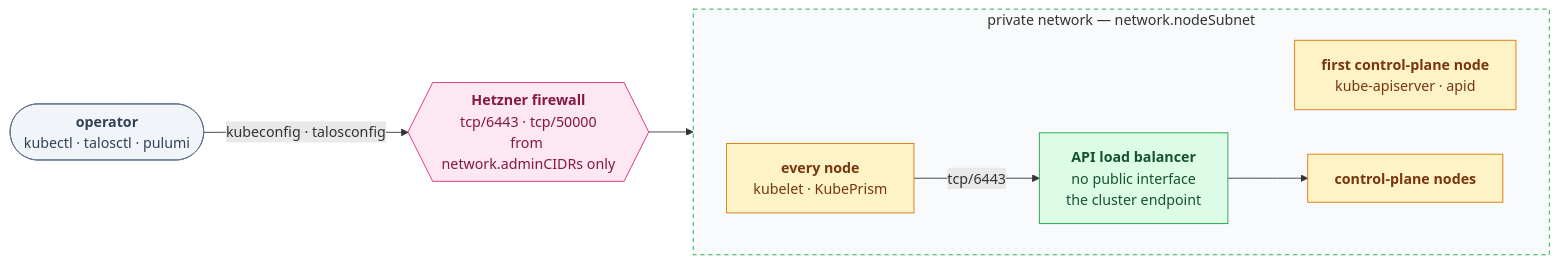
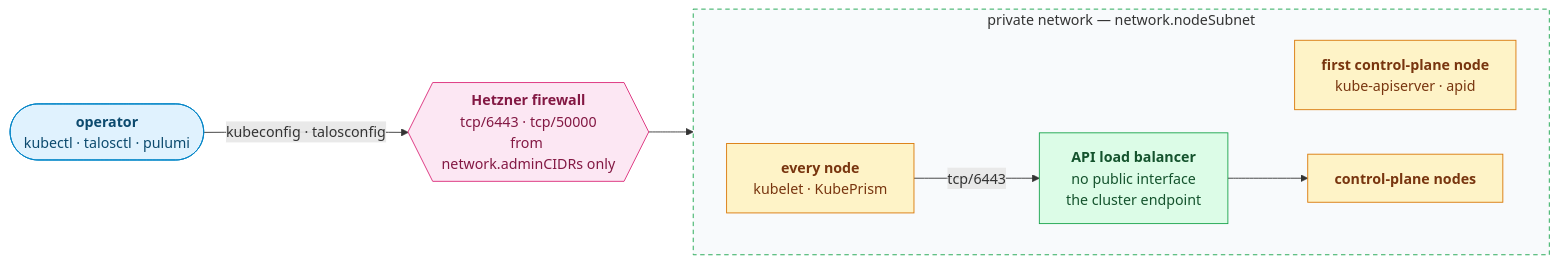
The second of 2 diagrams in docs/networking.md (oleg-tkachuk/hetzner-iac), drawn with Mermaid before and after one commit. The commit also changed other lines of this file and 3 other files, not shown here.

First line of the commit message:
docs(diagrams): draw people in sky rather than grey

````diff
--- a/docs/networking.md
+++ b/docs/networking.md
@@ -163,31 +163,31 @@
 ```mermaid
 flowchart LR
     operator(["<b>operator</b><br/>kubectl · talosctl · pulumi"])
     fw{{"<b>Hetzner firewall</b><br/>tcp/6443 · tcp/50000<br/>from network.adminCIDRs only"}}
 
     subgraph private ["private network — network.nodeSubnet"]
         direction LR
         cp0["<b>first control-plane node</b><br/>kube-apiserver · apid"]
         nodes["<b>every node</b><br/>kubelet · KubePrism"]
         apilb["<b>API load balancer</b><br/>no public interface<br/>the cluster endpoint"]
         cps["<b>control-plane nodes</b>"]
     end
 
     operator -->|"kubeconfig · talosconfig"| fw
     fw --> cp0
     nodes -->|"tcp/6443"| apilb
     apilb --> cps
 
-    classDef actor fill:#F1F5F9,stroke:#64748B,color:#334155
+    classDef actor fill:#E0F2FE,stroke:#0284C7,color:#0C4A6E
     classDef optional fill:#F1F5F9,stroke:#64748B,color:#334155,stroke-dasharray:5 4
     classDef hetzner fill:#DCFCE7,stroke:#16A34A,color:#14532D
     classDef talos fill:#FEF3C7,stroke:#D97706,color:#78350F
     classDef kube fill:#DBEAFE,stroke:#2563EB,color:#1E3A8A
     classDef state fill:#EDE9FE,stroke:#7C3AED,color:#3B0764
     classDef gate fill:#FCE7F3,stroke:#DB2777,color:#831843
     class operator actor
     class fw gate
     class apilb hetzner
     class cp0,nodes,cps talos
     style private fill:#F8FAFC,stroke:#16A34A,stroke-dasharray:5 4
 ```
````
